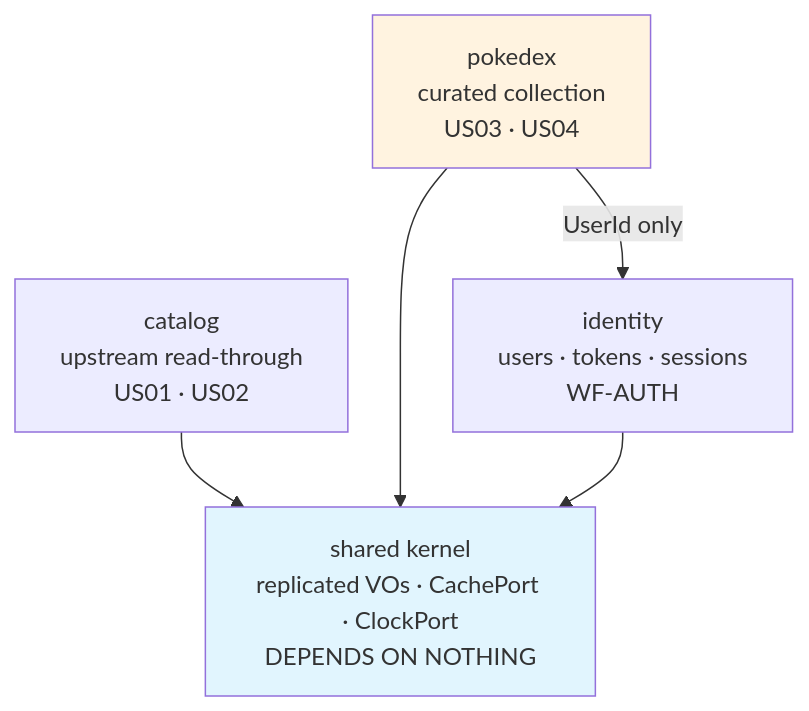
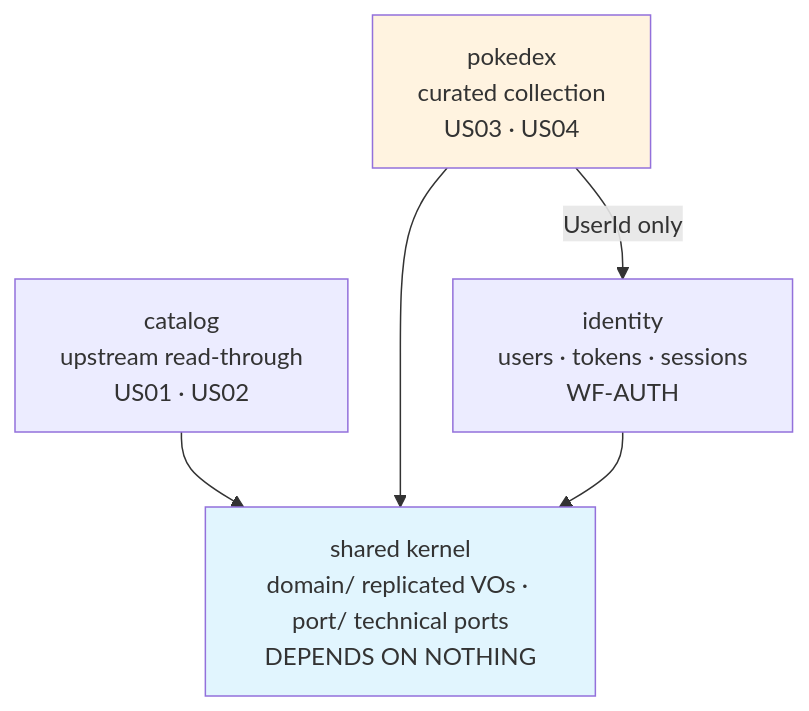
One commit to davidmtzenciso/pokedex-api changed the first of 2 diagrams in docs/diagrams/package-dependencies.md. Above: the diagram before and after it, drawn with Mermaid. The commit also changed other lines of this file and 17 other files, not shown here.

First line of the commit message:
refactor: move technical ports out of domain; record the packaging conventions

````diff
--- a/docs/diagrams/package-dependencies.md
+++ b/docs/diagrams/package-dependencies.md
@@ -10,15 +10,15 @@
 ```mermaid
 graph TD
     CAT["catalog<br/>upstream read-through<br/>US01 · US02"]
     POK["pokedex<br/>curated collection<br/>US03 · US04"]
     IDN["identity<br/>users · tokens · sessions<br/>WF-AUTH"]
-    SHR["shared kernel<br/>replicated VOs · CachePort · ClockPort<br/>DEPENDS ON NOTHING"]
+    SHR["shared kernel<br/>domain/ replicated VOs · port/ technical ports<br/>DEPENDS ON NOTHING"]
 
     POK -->|"UserId only"| IDN
     CAT --> SHR
     POK --> SHR
     IDN --> SHR
 
     style SHR fill:#e1f5fe
     style POK fill:#fff3e0
 ```
````
